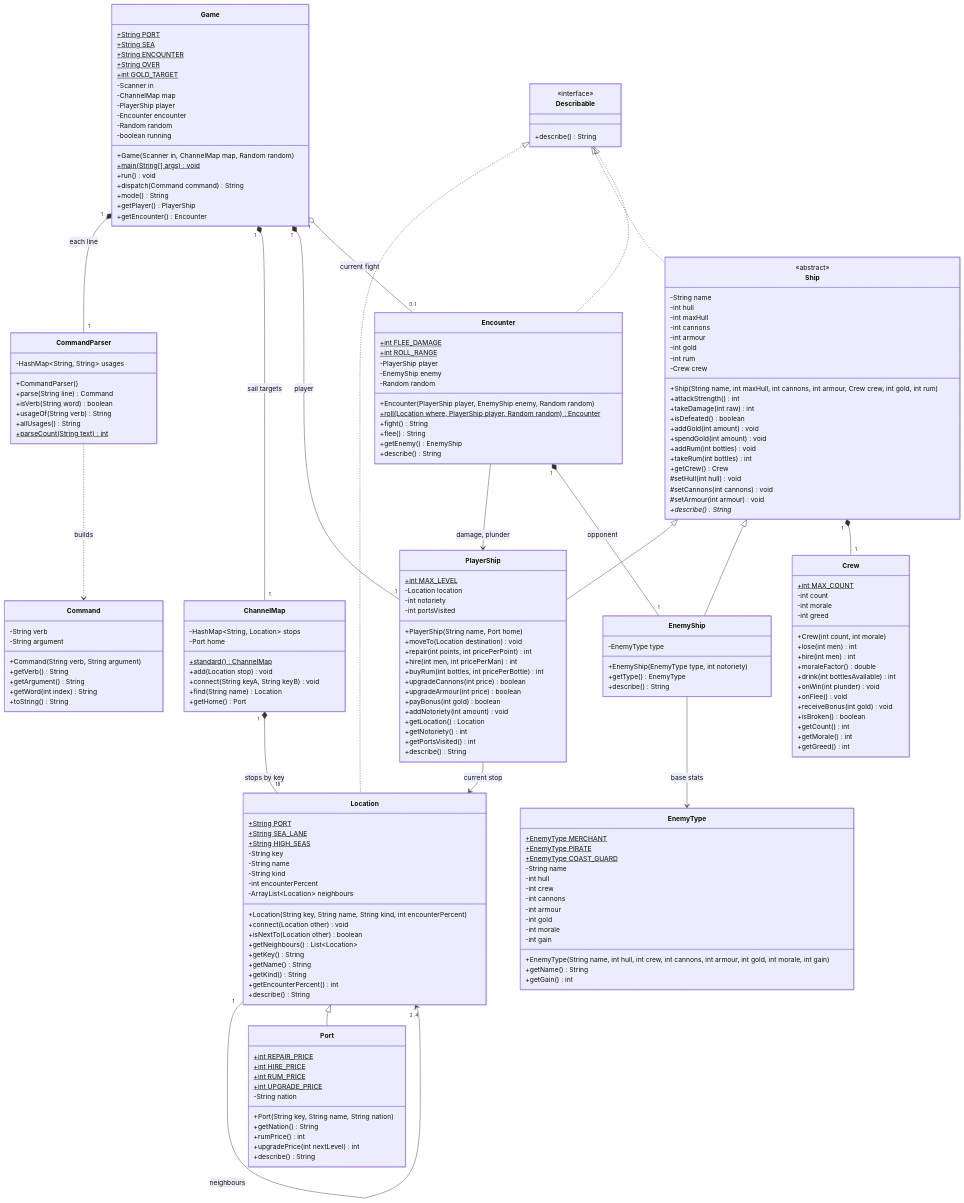
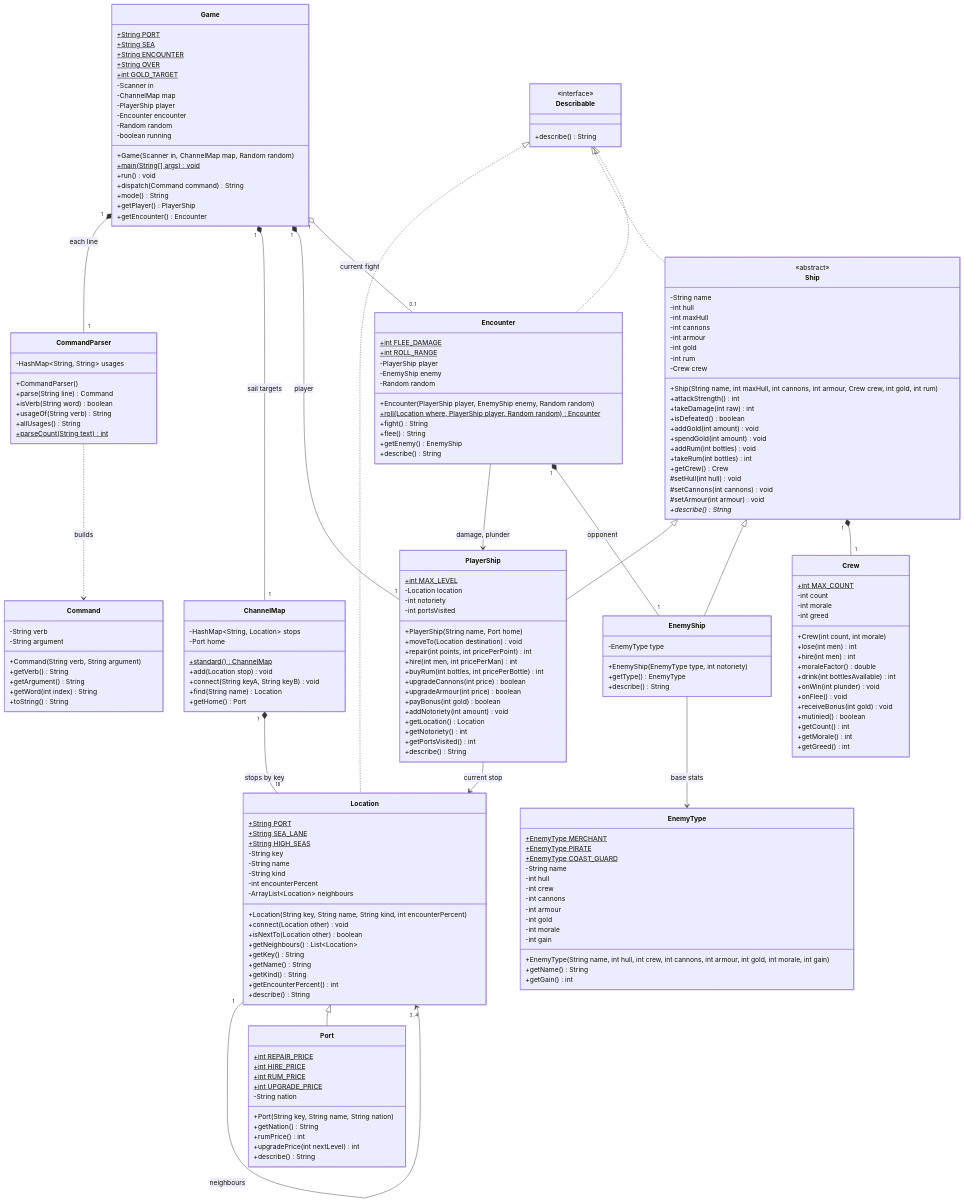
Before and after one commit to DRMarcosVT/cs2114-project1-group87: the diagram in docs/class-diagram.mmd, drawn with Mermaid. The commit also changed 4 other files, not shown here.

First line of the commit message:
Rename isBroken to mutinied and charge morale for the rum shortfall

```diff
--- a/docs/class-diagram.mmd
+++ b/docs/class-diagram.mmd
@@ -172,7 +172,7 @@
         +onWin(int plunder) void
         +onFlee() void
         +receiveBonus(int gold) void
-        +isBroken() boolean
+        +mutinied() boolean
         +getCount() int
         +getMorale() int
         +getGreed() int
```
